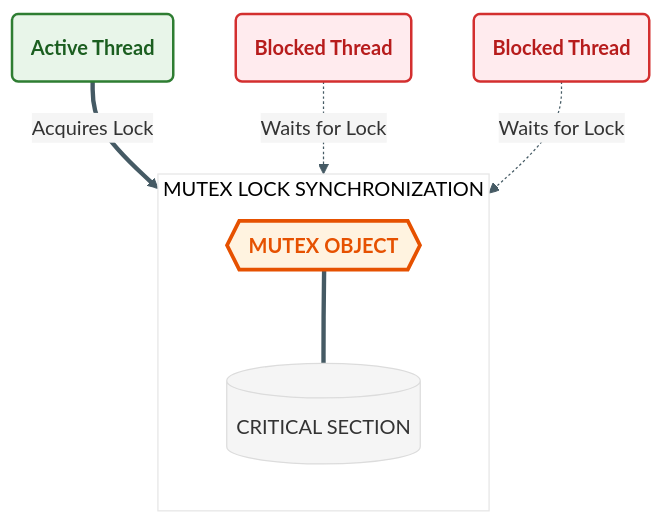
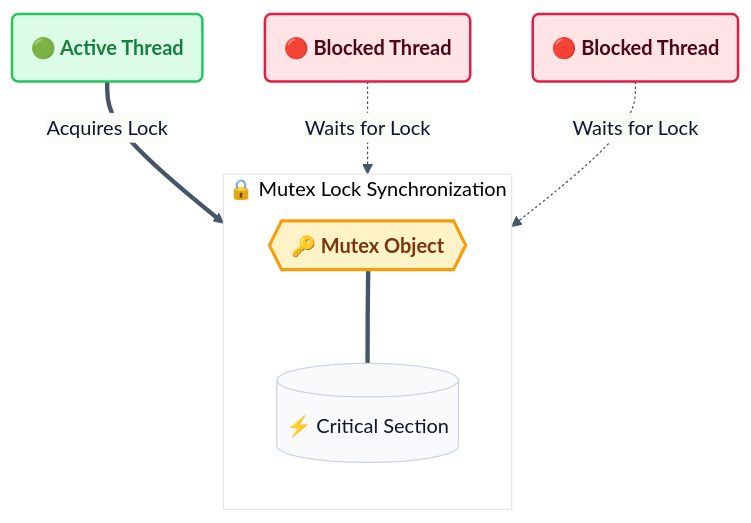
The third of 9 diagrams in SyedMuhammadHuzaifaAshrafi-(23FA-035-SE)/Chapter02/README.md (RameenAnwar/PDC-SP26-SE), drawn with Mermaid before and after one commit. The commit also changed other lines of this file and 5 other files, not shown here.

````diff
--- a/SyedMuhammadHuzaifaAshrafi-(23FA-035-SE)/Chapter02/README.md
+++ b/SyedMuhammadHuzaifaAshrafi-(23FA-035-SE)/Chapter02/README.md
@@ -370,23 +124,23 @@
 ```mermaid
-%%{init: {'theme': 'base', 'themeVariables': { 'lineColor': '#455A64', 'primaryColor': '#F5F5F5' }}}%%
+%%{init: {'theme': 'base', 'themeVariables': { 'lineColor': '#475569', 'primaryColor': '#f8fafc', 'primaryTextColor': '#0f172a', 'primaryBorderColor': '#cbd5e1' }}}%%
 flowchart TD
-    %% Pro Max Mutex Visualization
-    classDef tActive fill:#E8F5E9,stroke:#2E7D32,stroke-width:2px,color:#1B5E20,font-weight:bold
-    classDef tWait fill:#FFEBEE,stroke:#D32F2F,stroke-width:2px,color:#B71C1C,font-weight:bold
-    classDef lock fill:#FFF3E0,stroke:#E65100,stroke-width:3px,color:#E65100,font-weight:bold
+    %% Premium Mutex Lock Visual
+    classDef tActive fill:#dcfce7,stroke:#22c55e,stroke-width:2px,color:#15803d,font-weight:bold
+    classDef tWait fill:#ffe4e6,stroke:#e11d48,stroke-width:2px,color:#4c0519,font-weight:bold
+    classDef lock fill:#fef3c7,stroke:#f59e0b,stroke-width:2.5px,color:#78350f,font-weight:bold
 
-    subgraph MUTEX_LOCK [MUTEX LOCK SYNCHRONIZATION]
+    subgraph MUTEX_LOCK ["🔒 Mutex Lock Synchronization"]
         direction TB
-        Bouncer{{MUTEX OBJECT}}
-        CS[(CRITICAL SECTION)]
+        Bouncer{{"🔑 Mutex Object"}}
+        CS[("⚡ Critical Section")]
         Bouncer === CS
     end
 
-    T1(Active Thread) == "Acquires Lock" ==> Bouncer
-    T2(Blocked Thread) -. "Waits for Lock" .-> Bouncer
-    T3(Blocked Thread) -. "Waits for Lock" .-> Bouncer
+    T1("🟢 Active Thread") == "Acquires Lock" ==> Bouncer
+    T2("🔴 Blocked Thread") -. "Waits for Lock" .-> Bouncer
+    T3("🔴 Blocked Thread") -. "Waits for Lock" .-> Bouncer
 
     class T1 tActive
     class T2,T3 tWait
     class Bouncer lock
 ```
````
